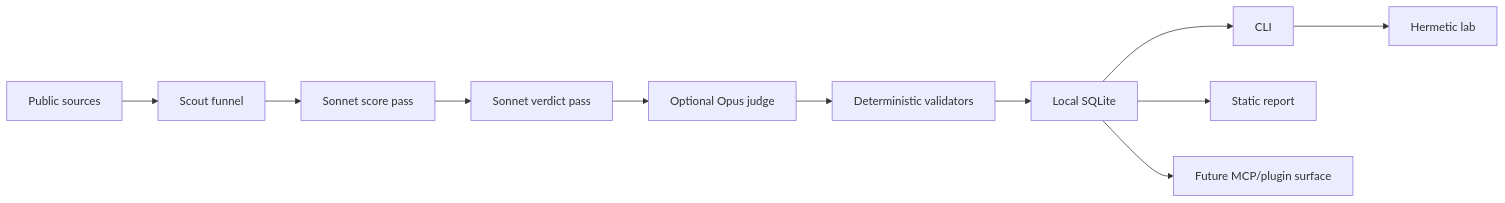
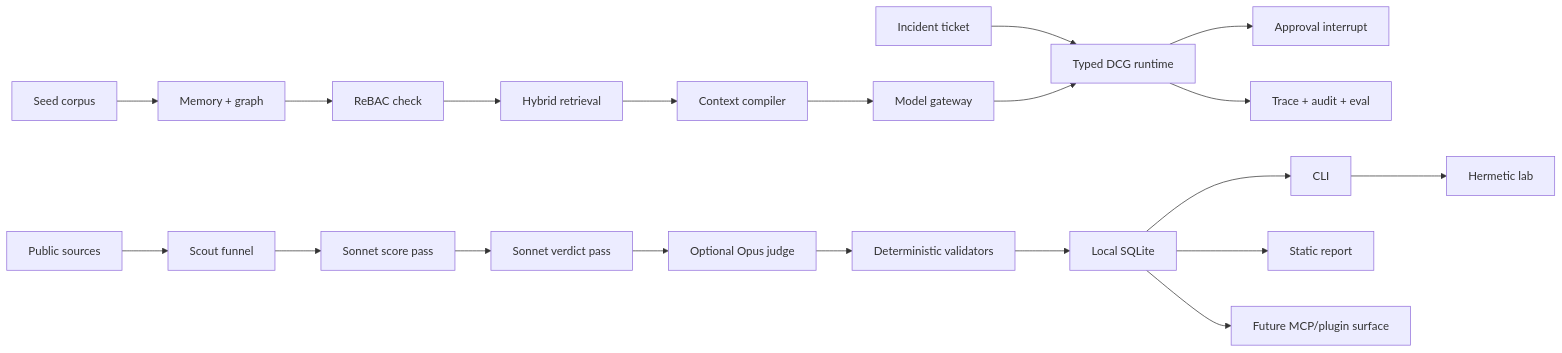
The diagram in README.md (ajaysurya1221/frontier-scout), drawn with Mermaid before and after one commit. The commit also changed other lines of this file and 89 other files, not shown here.

````diff
--- a/README.md
+++ b/README.md
@@ -70,13 +96,22 @@
 ```mermaid
 flowchart LR
+  Ticket["Incident ticket"] --> DCG["Typed DCG runtime"]
+  Corpus["Seed corpus"] --> Memory["Memory + graph"]
+  Memory --> Authz["ReBAC check"]
+  Authz --> Retrieval["Hybrid retrieval"]
+  Retrieval --> Context["Context compiler"]
+  Context --> Gateway["Model gateway"]
+  Gateway --> DCG
+  DCG --> Approval["Approval interrupt"]
+  DCG --> Audit["Trace + audit + eval"]
   Sources["Public sources"] --> Scout["Scout funnel"]
   Scout --> Score["Sonnet score pass"]
   Score --> Verdict["Sonnet verdict pass"]
   Verdict --> Judge["Optional Opus judge"]
   Judge --> Validators["Deterministic validators"]
   Validators --> SQLite["Local SQLite"]
   SQLite --> CLI["CLI"]
   SQLite --> Report["Static report"]
   SQLite --> MCP["Future MCP/plugin surface"]
   CLI --> Lab["Hermetic lab"]
 ```
````
